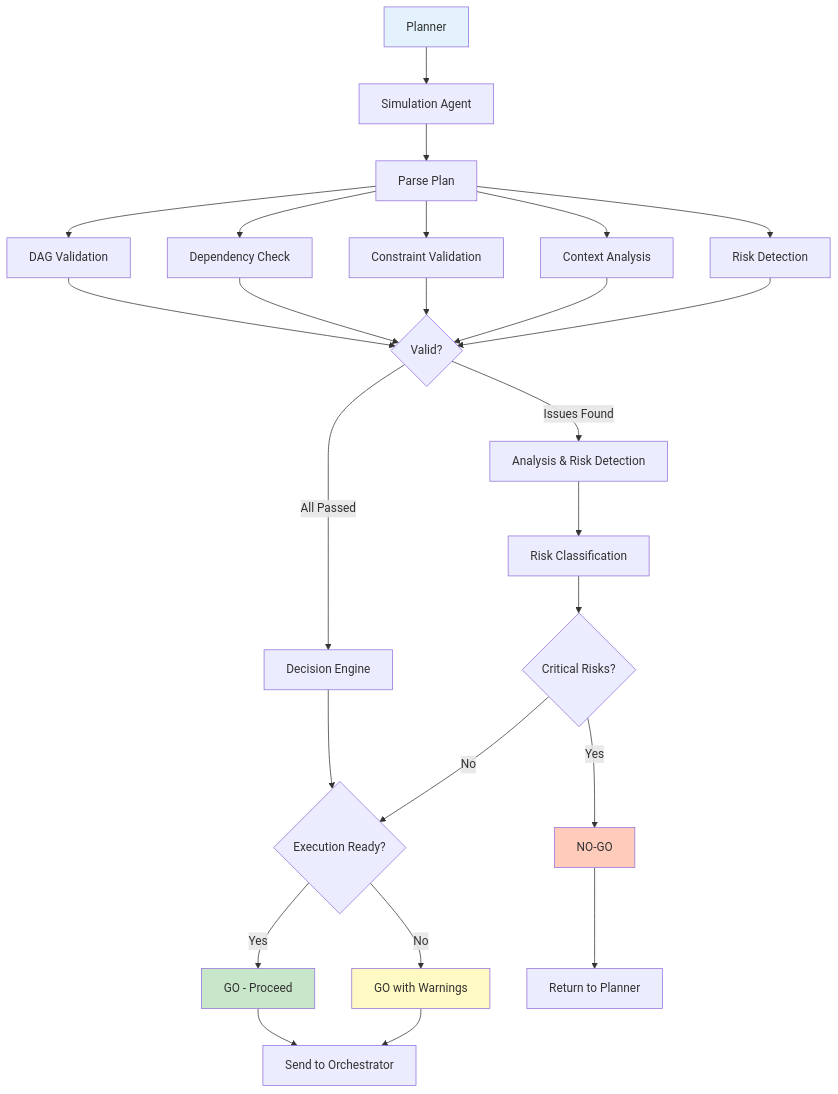
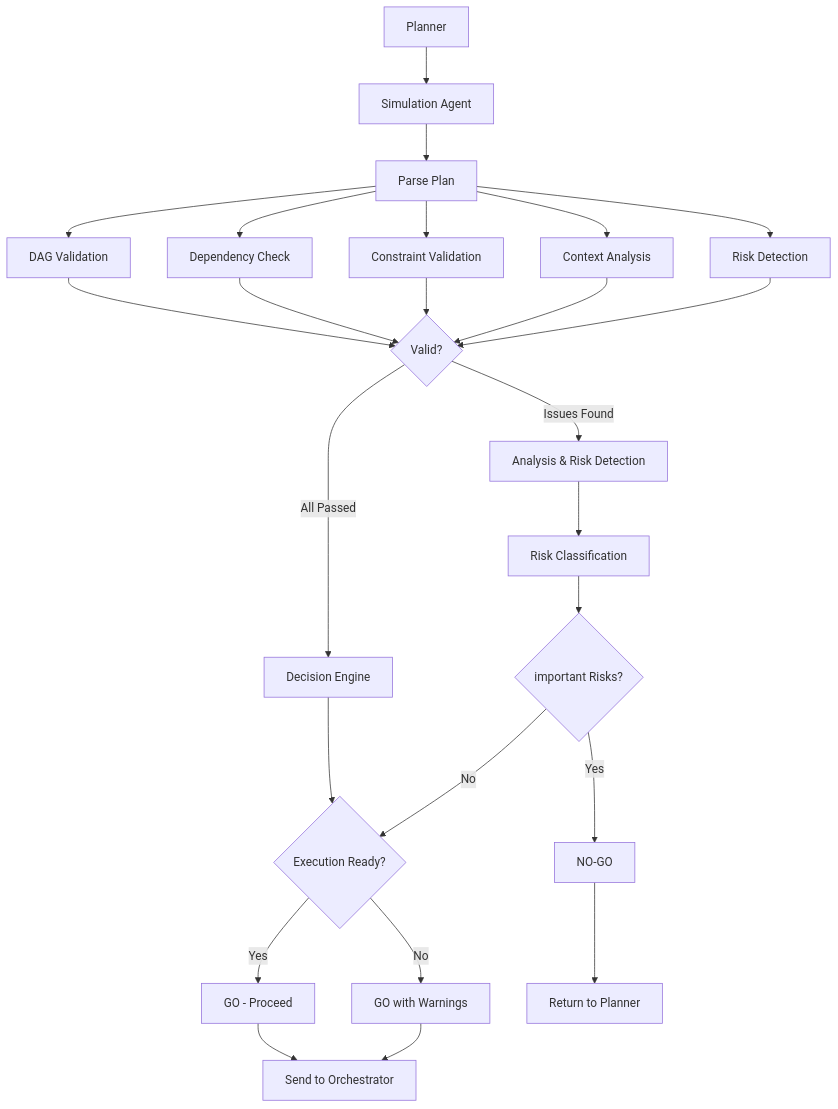
One commit to CharlesLuxinger/harness-eng-multi-agent changed the diagram in instructions/dry-run/AGENTS.md. Above: the diagram before and after it, drawn with Mermaid. The commit also changed other lines of this file and 67 other files, not shown here.

````diff
--- a/instructions/dry-run/AGENTS.md
+++ b/instructions/dry-run/AGENTS.md
@@ -226,40 +226,35 @@
 ```mermaid
 graph TD
     A["Planner"] --> B["Simulation Agent"]
     B --> C["Parse Plan"]
     
     C --> D["DAG Validation"]
     C --> E["Dependency Check"]
     C --> F["Constraint Validation"]
     C --> G["Context Analysis"]
     C --> H["Risk Detection"]
     
     D --> I{Valid?}
     E --> I
     F --> I
     G --> I
     H --> I
     
     I -->|Issues Found| J["Analysis & Risk Detection"]
     I -->|All Passed| K["Decision Engine"]
     
     J --> L["Risk Classification"]
-    L --> M{Critical Risks?}
+    L --> M{important Risks?}
     
     K --> N{Execution Ready?}
     
     M -->|Yes| O["NO-GO"]
     M -->|No| N
     
     N -->|Yes| P["GO - Proceed"]
     N -->|No| Q["GO with Warnings"]
     
     O --> R["Return to Planner"]
     P --> S["Send to Orchestrator"]
     Q --> S
-    
-    style A fill:#e3f2fd
-    style P fill:#c8e6c9
-    style Q fill:#fff9c4
-    style O fill:#ffccbc
 ```
````
